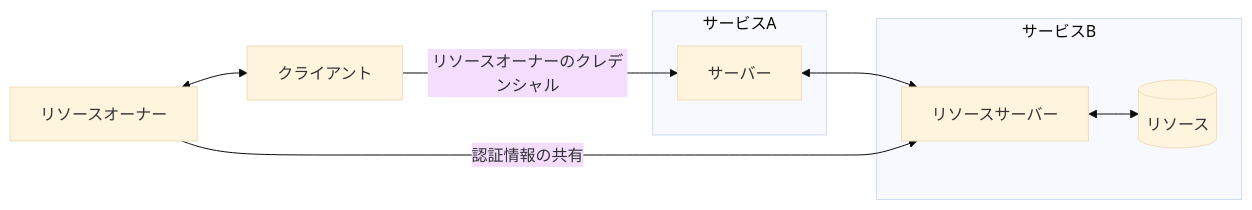
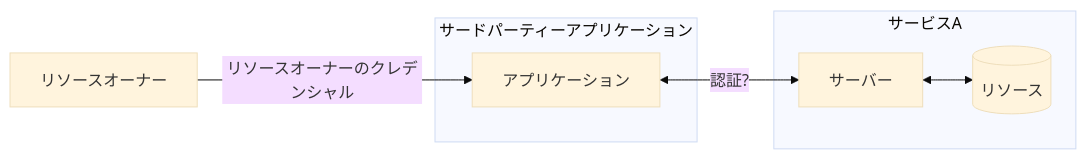
The second of 2 diagrams in articles/d5bd27ef651494.md (mirko-san/zenn-conect), drawn with Mermaid (base theme) before and after one commit. The commit also changed other lines of this file, not shown here.

````diff
--- a/articles/d5bd27ef651494.md
+++ b/articles/d5bd27ef651494.md
@@ -134,13 +138,11 @@
 ```mermaid
 flowchart LR
-    リソースオーナー <--> クライアント
-    クライアント -->|リソースオーナーのクレデンシャル| サーバー
+    リソースオーナー -->|リソースオーナーのクレデンシャル| アプリケーション
+    subgraph サードパーティーアプリケーション
+    アプリケーション
+    end
+    アプリケーション <-->|認証?| サーバー
     subgraph サービスA
-    サーバー
+    サーバー <--> リソース[(リソース)]
     end
-    サーバー <--> リソースサーバー
-    subgraph サービスB
-    リソースサーバー <--> リソース[(リソース)]
-    end
-    リソースオーナー -->|認証情報の共有| リソースサーバー
 ```
````
